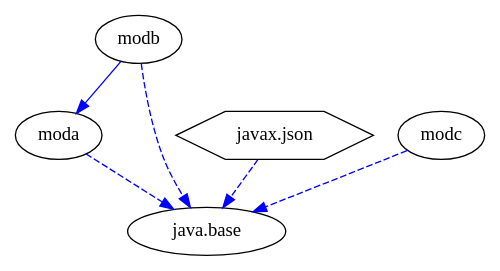
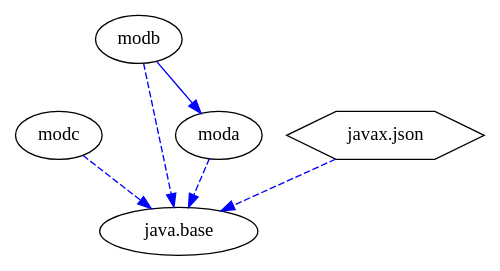
The diagram in jigsaw-examples/example_resolved-modules/moduledependencies.dot (accso/java9-jigsaw-examples), drawn with Graphviz before and after one commit. The commit also changed 112 other files, not shown here.

```diff
--- a/jigsaw-examples/example_resolved-modules/moduledependencies.dot
+++ b/jigsaw-examples/example_resolved-modules/moduledependencies.dot
@@ -1,13 +1,13 @@
-# Created by depvis.JigsawDepVisualizer on Fri Dec 30 11:18:32 CET 2016
+# Created by depvis.JigsawDepVisualizer on Thu Mar 30 16:09:25 CEST 2017
 digraph Java9_Dependency_Visualizer {
+modc[fontname="Consolas",shape="ellipse",label="modc"];
+java_base[fontname="Consolas",shape="ellipse",label="java.base"];
 modb[fontname="Consolas",shape="ellipse",label="modb"];
 moda[fontname="Consolas",shape="ellipse",label="moda"];
-java_base[fontname="Consolas",shape="ellipse",label="java.base"];
 javax_json[fontname="Consolas",shape="hexagon",label="javax.json"];
-modc[fontname="Consolas",shape="ellipse",label="modc"];
+modc -> java_base[color="#0000ff",fontname="Consolas",fontcolor="#0000ff",style="dashed",weight="16"]
 modb -> moda[color="#0000ff",fontname="Consolas",fontcolor="#0000ff",weight="8"]
 modb -> java_base[color="#0000ff",fontname="Consolas",fontcolor="#0000ff",style="dashed",weight="16"]
+moda -> java_base[color="#0000ff",fontname="Consolas",fontcolor="#0000ff",style="dashed",weight="16"]
 javax_json -> java_base[color="#0000ff",fontname="Consolas",fontcolor="#0000ff",style="dashed",weight="16"]
-moda -> java_base[color="#0000ff",fontname="Consolas",fontcolor="#0000ff",style="dashed",weight="16"]
-modc -> java_base[color="#0000ff",fontname="Consolas",fontcolor="#0000ff",style="dashed",weight="16"]
 }
```
